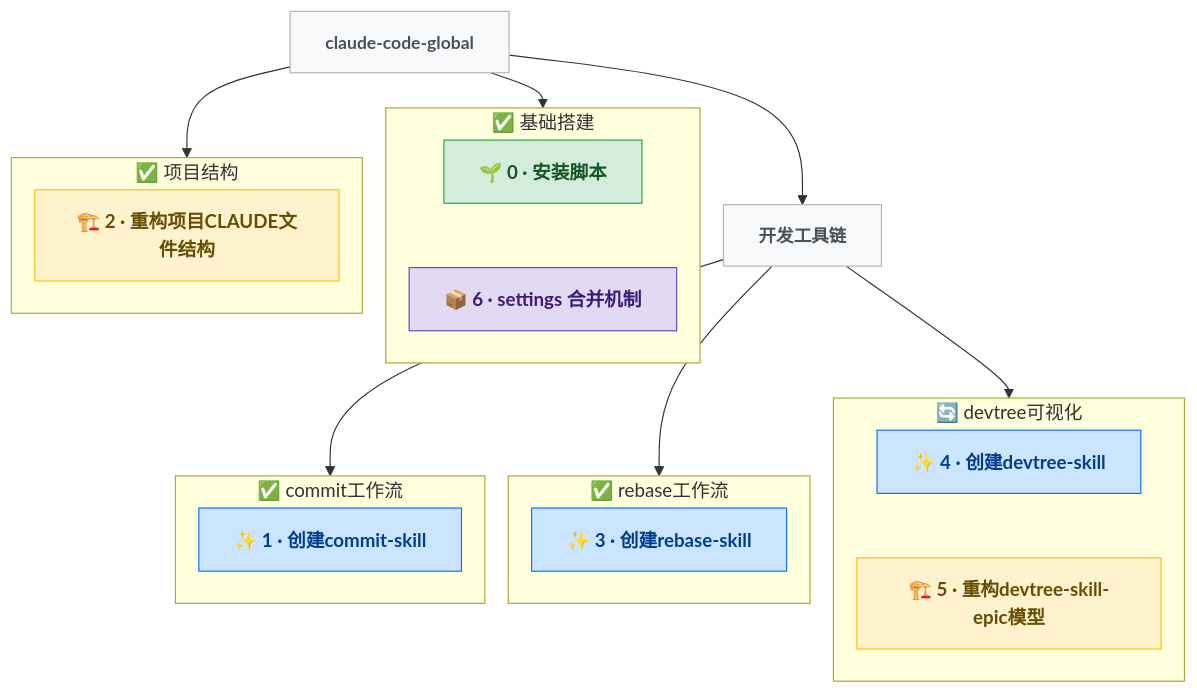
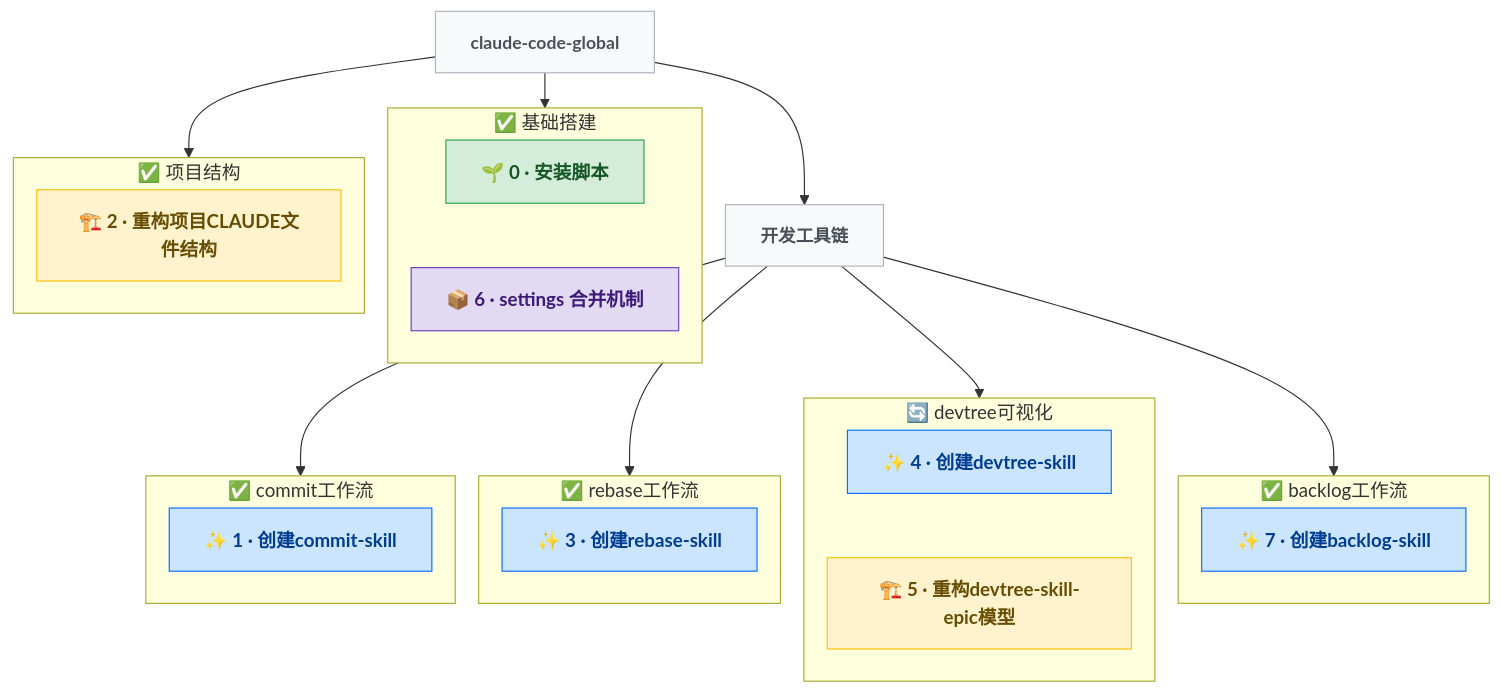
Before and after one commit to pkulijing/claude-code-global: the diagram in docs/DEVTREE.md, drawn with Mermaid. The commit also changed other lines of this file and 1 other file, not shown here.

````diff
--- a/docs/DEVTREE.md
+++ b/docs/DEVTREE.md
@@ -18,48 +18,54 @@
 ```mermaid
 %%{init: {'flowchart': {'rankSpacing': 30, 'nodeSpacing': 20}}}%%
 graph TD
   classDef genesis  fill:#d4edda,stroke:#28a745,color:#155724,font-weight:bold
   classDef feature  fill:#cce5ff,stroke:#0d6efd,color:#003d8f,font-weight:bold
   classDef bugfix   fill:#f8d7da,stroke:#dc3545,color:#721c24,font-weight:bold
   classDef refactor fill:#fff3cd,stroke:#ffc107,color:#664d03,font-weight:bold
   classDef infra    fill:#e2d9f3,stroke:#6f42c1,color:#3d1a78,font-weight:bold
   classDef research fill:#e2e3e5,stroke:#6c757d,color:#383d41,font-weight:bold
   classDef epic     fill:#f8f9fa,stroke:#adb5bd,color:#495057,font-weight:bold,font-size:15px
 
   ROOT["claude-code-global"]:::epic
   ROOT --> e_base
   ROOT --> e_struct
   ROOT --> toolchain["开发工具链"]:::epic
   toolchain --> e_commit
   toolchain --> e_rebase
   toolchain --> e_devtree
+  toolchain --> e_backlog
 
   subgraph e_base["✅ 基础搭建"]
     direction TB
     N0["🌱 0 · 安装脚本"]:::genesis
     N6["📦 6 · settings 合并机制"]:::infra
     N0 ~~~ N6
   end
 
   subgraph e_struct["✅ 项目结构"]
     direction TB
     N2["🏗️ 2 · 重构项目CLAUDE文件结构"]:::refactor
   end
 
   subgraph e_commit["✅ commit工作流"]
     direction TB
     N1["✨ 1 · 创建commit-skill"]:::feature
   end
 
   subgraph e_rebase["✅ rebase工作流"]
     direction TB
     N3["✨ 3 · 创建rebase-skill"]:::feature
   end
 
   subgraph e_devtree["🔄 devtree可视化"]
     direction TB
     N4["✨ 4 · 创建devtree-skill"]:::feature
     N5["🏗️ 5 · 重构devtree-skill-epic模型"]:::refactor
     N4 ~~~ N5
   end
+
+  subgraph e_backlog["✅ backlog工作流"]
+    direction TB
+    N7["✨ 7 · 创建backlog-skill"]:::feature
+  end
 ```
````
